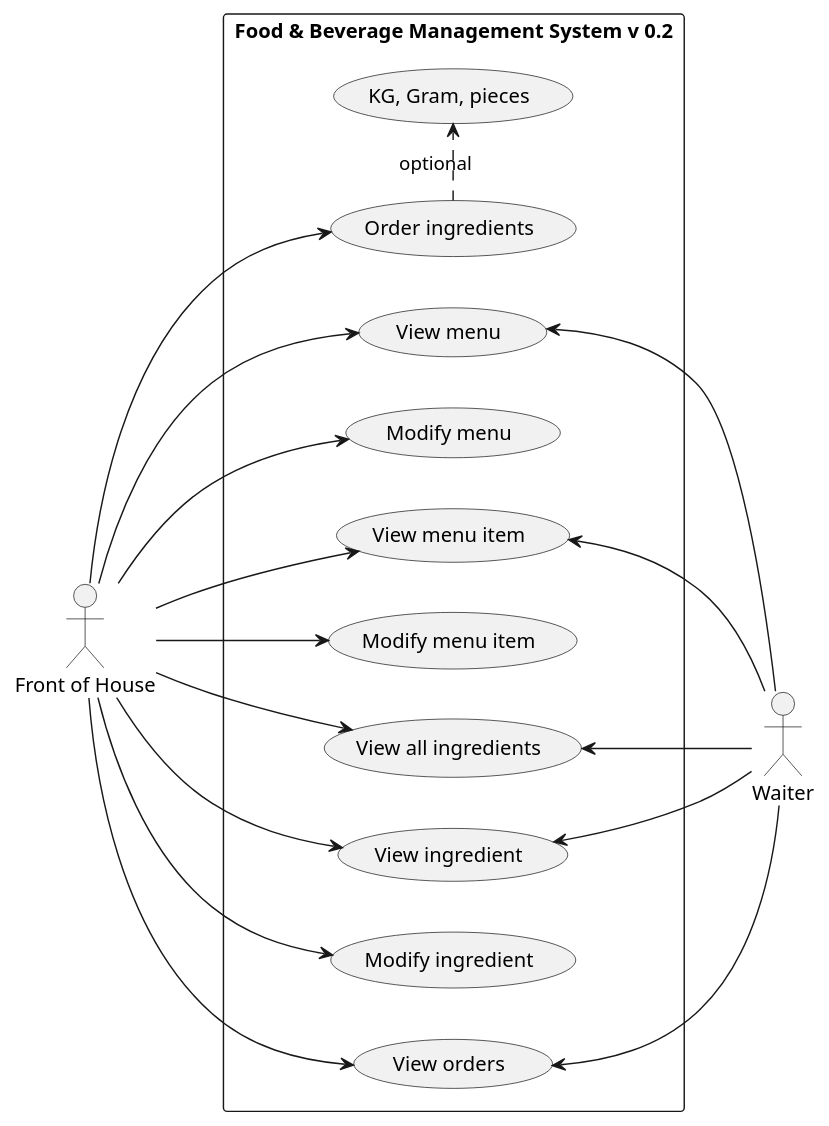
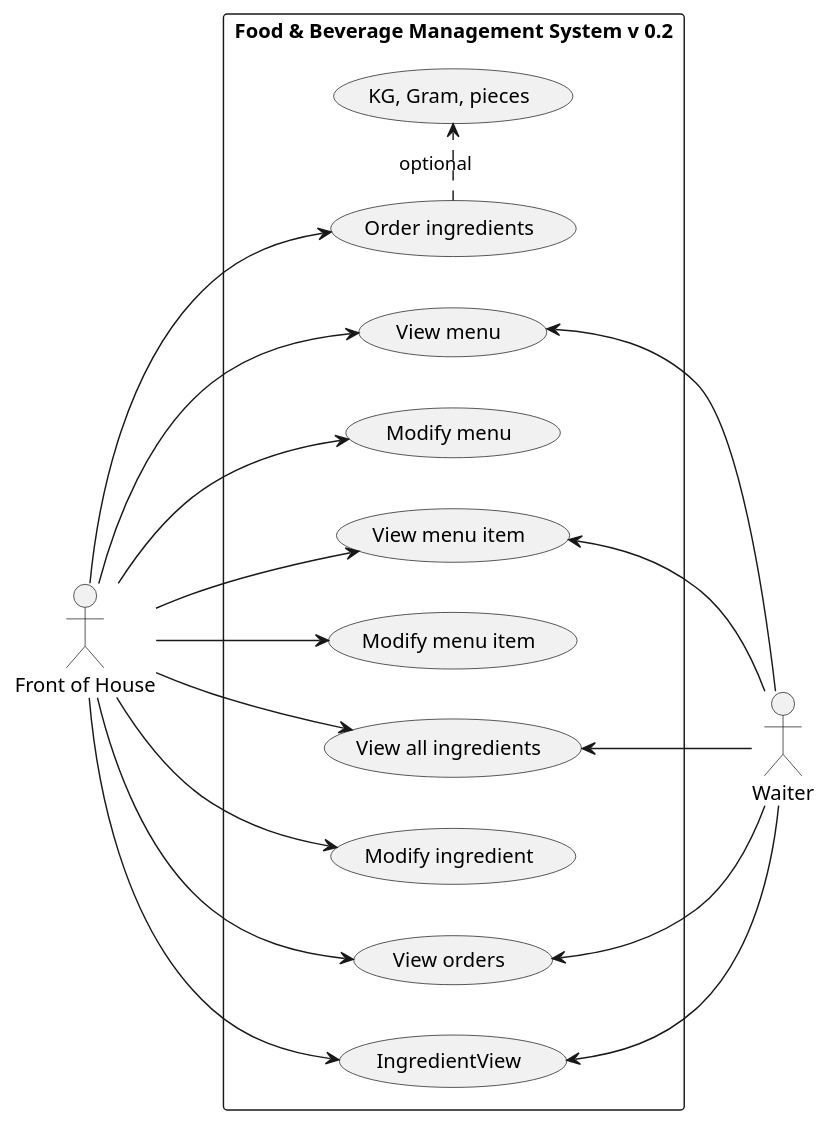
One commit to mrjink/molveno changed the diagram in src/main/docs/uml/use-case/restaurant/bar.puml. Above: the diagram before and after it, drawn with PlantUML.

Commit message:
Removed view ingredients

```diff
--- a/src/main/docs/uml/use-case/restaurant/bar.puml
+++ b/src/main/docs/uml/use-case/restaurant/bar.puml
@@ -1,41 +1,40 @@
 @startuml
 
 left to right direction
 
 actor "Front of House" as FoH
 actor Waiter
 
 rectangle "Food & Beverage Management System v 0.2" {
     (View menu) as (MenuView)
     (Modify menu) as (MenuUpdate)
 
     (View menu item) as (MenuItemView)
     (Modify menu item) as (MenuItemUpdate)
 
     (View all ingredients) as (IngredientAll)
-    (View ingredient) as (IngredientView)
     (Modify ingredient) as (IngredientUpdate)
     (Order ingredients) as (IngredientOrder)
     (View orders) as (BarOrderView)
     (KG, Gram, pieces) as (IngredientQuantity)
     (IngredientOrder) .> (IngredientQuantity) : optional
 
     FoH --> (MenuView)
     FoH --> (MenuUpdate)
     FoH --> (MenuItemView)
     FoH --> (MenuItemUpdate)
 
     FoH --> (IngredientAll)
     FoH --> (IngredientView)
     FoH --> (IngredientUpdate)
     FoH --> (IngredientOrder)
     FoH --> (BarOrderView)
 
     (MenuView) <-- Waiter
     (MenuItemView) <-- Waiter
     (IngredientAll) <-- Waiter
     (IngredientView) <-- Waiter
     (BarOrderView) <-- Waiter
 }
 
 @enduml
```
